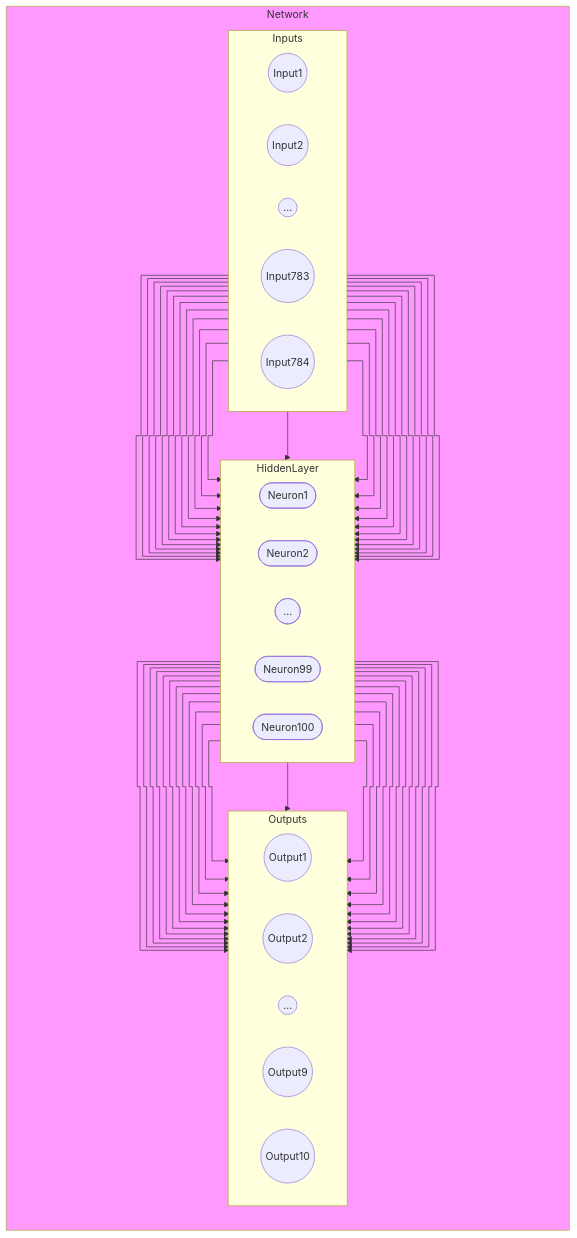
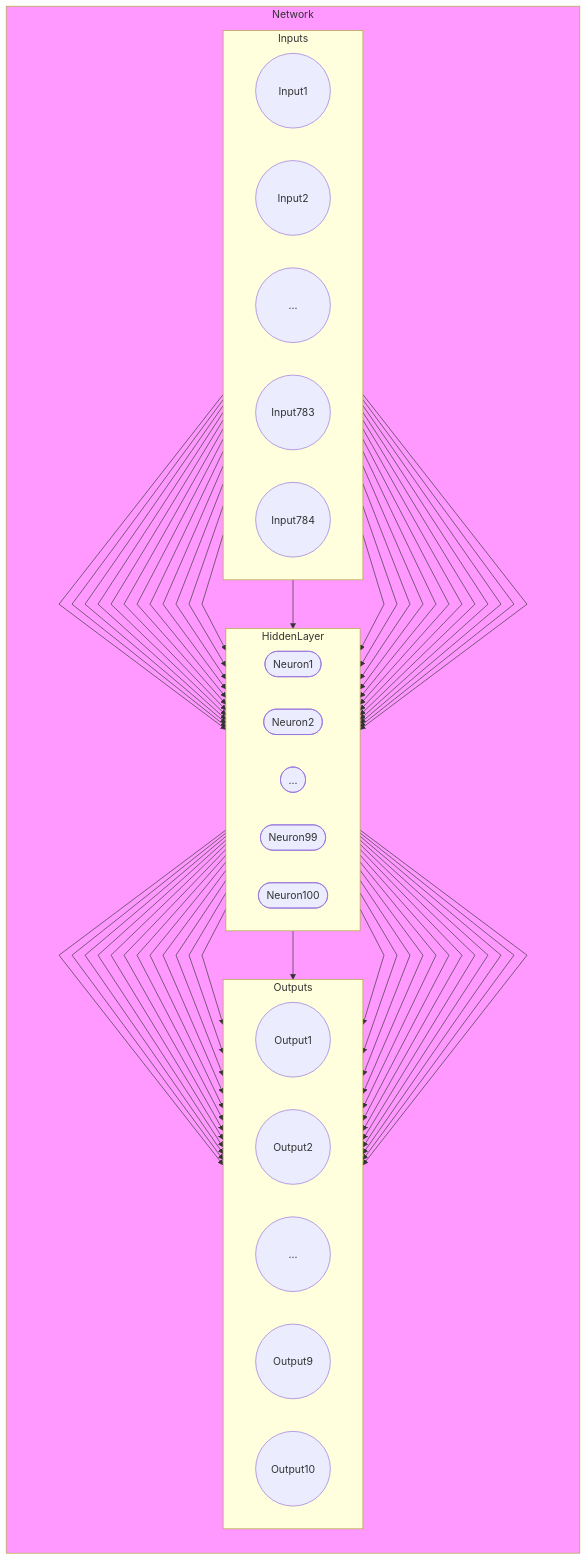
Before and after one commit to andrelohmann/ai-experiments: the diagram in notebooks/01_fashionMNIST/README.md, drawn with Mermaid.

Commit message:
updated Network Graph

````diff
--- a/notebooks/01_fashionMNIST/README.md
+++ b/notebooks/01_fashionMNIST/README.md
@@ -11,47 +11,49 @@
 ```mermaid
-    %%{ init: { 'flowchart': { 'curve': 'step' } } }%%
+    %%{ init: { 'flowchart': { 'curve': 'linear' } } }%%
     flowchart TD
         subgraph Network
             direction TB
             style Network fill:#f9f
             subgraph Inputs
                 direction LR
-                I1((Input1));
-                I2((Input2));
-                Ix((...))
-                I783((Input783));
-                I784((Input784));
+                I1((Input1)):::round
+                I2((Input2)):::round
+                Ix((...)):::round
+                I783((Input783)):::round
+                I784((Input784)):::round
             end
 
             subgraph HiddenLayer
                 direction LR
                 N1([Neuron1]);
                 N2([Neuron2]);
                 Nx([...]);
                 N99([Neuron99]);
                 N100([Neuron100]);
             end
 
             subgraph Outputs
                 direction LR
-                O1((Output1));
-                O2((Output2));
-                Ox((...));
-                O9((Output9));
-                O10((Output10));
+                O1((Output1)):::round
+                O2((Output2)):::round
+                Ox((...)):::round
+                O9((Output9)):::round
+                O10((Output10)):::round
             end
 
             I1 --> N1 & N2 & Nx & N99 & N100
             I2 --> N1 & N2 & Nx & N99 & N100
             Ix --> N1 & N2 & Nx & N99 & N100
             I783 --> N1 & N2 & Nx & N99 & N100
             I784 --> N1 & N2 & Nx & N99 & N100
 
             N1 --> O1 & O2 & Ox & O9 & O10
             N2 --> O1 & O2 & Ox & O9 & O10
             Nx --> O1 & O2 & Ox & O9 & O10
             N99 --> O1 & O2 & Ox & O9 & O10
             N100 --> O1 & O2 & Ox & O9 & O10
 
+            classDef round padding:100px
+
         end
 ```
````
